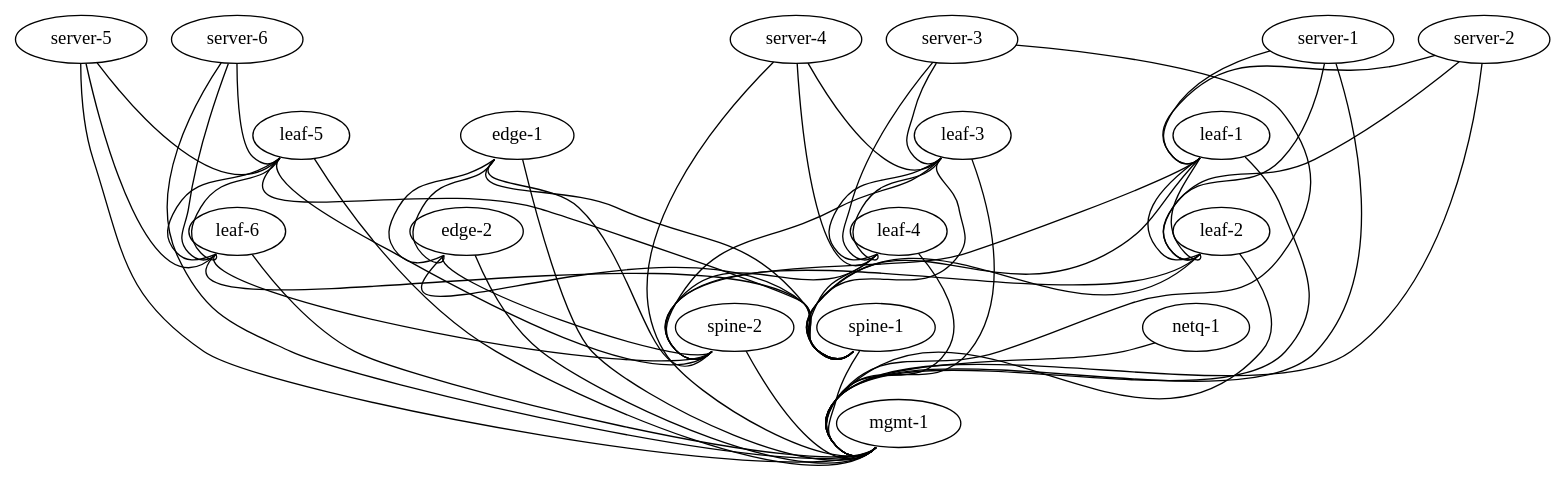
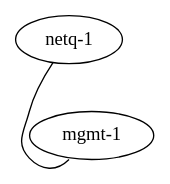
One commit to RevREB/openinfrasimulator changed the diagram in Stage1/topology_production.dot. Above: the diagram before and after it, drawn with Graphviz. The commit also changed 1 other file, not shown here.

Commit message:
modifying Vagrant Template to simplify logic

```diff
--- a/Stage1/topology_production.dot
+++ b/Stage1/topology_production.dot
@@ -1,79 +1,79 @@
 graph vx {
- "leaf-1" [function="leaf" vagrant="eth1" as="CumulusCommunity/cumulus-vx" version="3.4.3" memory="768" config="./helper_scripts/config_production_switch.sh" ]
- "leaf-2" [function="leaf" vagrant="eth1" os="CumulusCommunity/cumulus-vx" version="3.4.3" memory="768" config="./helper_scripts/config_production_switch.sh" ]
- "leaf-3" [function="leaf" vagrant="eth1" os="CumulusCommunity/cumulus-vx" version="3.4.3" memory="768" config="./helper_scripts/config_production_switch.sh" ]
- "leaf-4" [function="leaf" vagrant="eth1" os="CumulusCommunity/cumulus-vx" version="3.4.3" memory="768" config="./helper_scripts/config_production_switch.sh" ]
- "leaf-5" [function="leaf" vagrant="eth1" os="CumulusCommunity/cumulus-vx" version="3.4.3" memory="768" config="./helper_scripts/config_production_switch.sh" ]
- "leaf-6" [function="leaf" vagrant="eth1" os="CumulusCommunity/cumulus-vx" version="3.4.3" memory="768" config="./helper_scripts/config_production_switch.sh" ]
- "spine-1" [function="spine" vagrant="eth1" os="CumulusCommunity/cumulus-vx" version="3.4.3" memory="768" config="./helper_scripts/config_production_switch.sh" ]
- "spine-2" [function="spine" vagrant="eth1" os="CumulusCommunity/cumulus-vx" version="3.4.3" memory="768" config="./helper_scripts/config_production_switch.sh" ]
- "edge-1" [function="edge" vagrant="eth1" os="CumulusCommunity/cumulus-vx" version="3.4.3" memory="768" config="./helper_scripts/config_production_switch.sh" ]
- "edge-2" [function="edge" vagrant="eth1" os="CumulusCommunity/cumulus-vx" version="3.4.3" memory="768" config="./helper_scripts/config_production_switch.sh" ]
+ #"leaf-1" [function="leaf" vagrant="eth1" as="CumulusCommunity/cumulus-vx" version="3.4.3" memory="768" config="./helper_scripts/config_production_switch.sh" ]
+ #"leaf-2" [function="leaf" vagrant="eth1" os="CumulusCommunity/cumulus-vx" version="3.4.3" memory="768" config="./helper_scripts/config_production_switch.sh" ]
+ #"leaf-3" [function="leaf" vagrant="eth1" os="CumulusCommunity/cumulus-vx" version="3.4.3" memory="768" config="./helper_scripts/config_production_switch.sh" ]
+ #"leaf-4" [function="leaf" vagrant="eth1" os="CumulusCommunity/cumulus-vx" version="3.4.3" memory="768" config="./helper_scripts/config_production_switch.sh" ]
+ #"leaf-5" [function="leaf" vagrant="eth1" os="CumulusCommunity/cumulus-vx" version="3.4.3" memory="768" config="./helper_scripts/config_production_switch.sh" ]
+ #"leaf-6" [function="leaf" vagrant="eth1" os="CumulusCommunity/cumulus-vx" version="3.4.3" memory="768" config="./helper_scripts/config_production_switch.sh" ]
+ #"spine-1" [function="spine" vagrant="eth1" os="CumulusCommunity/cumulus-vx" version="3.4.3" memory="768" config="./helper_scripts/config_production_switch.sh" ]
+ #"spine-2" [function="spine" vagrant="eth1" os="CumulusCommunity/cumulus-vx" version="3.4.3" memory="768" config="./helper_scripts/config_production_switch.sh" ]
+ #"edge-1" [function="edge" vagrant="eth1" os="CumulusCommunity/cumulus-vx" version="3.4.3" memory="768" config="./helper_scripts/config_production_switch.sh" ]
+ #"edge-2" [function="edge" vagrant="eth1" os="CumulusCommunity/cumulus-vx" version="3.4.3" memory="768" config="./helper_scripts/config_production_switch.sh" ]
  "mgmt-1" [function="mgmt" vagrant="eth1" os="CumulusCommunity/cumulus-vx" version="3.4.3" memory="768" config="./helper_scripts/config_mgmt_production_switch.sh" ]
  "netq-1" [function="netq" vagrant="eth1" os="cumulus/ts" memory="1024" config="./helper_scripts/config_mgmt_production_server.sh" ]
- "server-1" [function="host" vagrant="eth3" os="CumulusCommunity/cumulus-vx" version="3.4.3" memory="768" config="./helper_scripts/config_production_server.sh" ]
- "server-2" [function="host" vagrant="eth3" os="CumulusCommunity/cumulus-vx" version="3.4.3" memory="768" config="./helper_scripts/config_production_server.sh" ]
- "server-3" [function="host" vagrant="eth3" os="CumulusCommunity/cumulus-vx" version="3.4.3" memory="768" config="./helper_scripts/config_production_server.sh" ]
- "server-4" [function="host" vagrant="eth3" os="CumulusCommunity/cumulus-vx" version="3.4.3" memory="768" config="./helper_scripts/config_production_server.sh" ]
- "server-5" [function="host" vagrant="eth3" os="CumulusCommunity/cumulus-vx" version="3.4.3" memory="768" config="./helper_scripts/config_production_server.sh" ]
- "server-6" [function="host" vagrant="eth3" os="CumulusCommunity/cumulus-vx" version="3.4.3" memory="768" config="./helper_scripts/config_production_server.sh" ]
+ #"server-1" [function="host" vagrant="eth3" os="CumulusCommunity/cumulus-vx" version="3.4.3" memory="768" config="./helper_scripts/config_production_server.sh" ]
+ #"server-2" [function="host" vagrant="eth3" os="CumulusCommunity/cumulus-vx" version="3.4.3" memory="768" config="./helper_scripts/config_production_server.sh" ]
+ #"server-3" [function="host" vagrant="eth3" os="CumulusCommunity/cumulus-vx" version="3.4.3" memory="768" config="./helper_scripts/config_production_server.sh" ]
+ #"server-4" [function="host" vagrant="eth3" os="CumulusCommunity/cumulus-vx" version="3.4.3" memory="768" config="./helper_scripts/config_production_server.sh" ]
+ #"server-5" [function="host" vagrant="eth3" os="CumulusCommunity/cumulus-vx" version="3.4.3" memory="768" config="./helper_scripts/config_production_server.sh" ]
+ #"server-6" [function="host" vagrant="eth3" os="CumulusCommunity/cumulus-vx" version="3.4.3" memory="768" config="./helper_scripts/config_production_server.sh" ]
 
- "leaf-1":"swp51" -- "spine-1":"swp1"
- "leaf-2":"swp51" -- "spine-1":"swp2"
- "leaf-3":"swp51" -- "spine-1":"swp3"
- "leaf-4":"swp51" -- "spine-1":"swp4"
- "leaf-5":"swp51" -- "spine-1":"swp5"
- "leaf-6":"swp51" -- "spine-1":"swp6"
- "leaf-1":"swp52" -- "spine-2":"swp1"
- "leaf-2":"swp52" -- "spine-2":"swp2"
- "leaf-3":"swp52" -- "spine-2":"swp3"
- "leaf-4":"swp52" -- "spine-2":"swp4"
- "leaf-5":"swp52" -- "spine-2":"swp5"
- "leaf-6":"swp52" -- "spine-2":"swp6"
+ #"leaf-1":"swp51" -- "spine-1":"swp1"
+ #"leaf-2":"swp51" -- "spine-1":"swp2"
+ #"leaf-3":"swp51" -- "spine-1":"swp3"
+ #"leaf-4":"swp51" -- "spine-1":"swp4"
+ #"leaf-5":"swp51" -- "spine-1":"swp5"
+ #"leaf-6":"swp51" -- "spine-1":"swp6"
+ #"leaf-1":"swp52" -- "spine-2":"swp1"
+ #"leaf-2":"swp52" -- "spine-2":"swp2"
+ #"leaf-3":"swp52" -- "spine-2":"swp3"
+ #"leaf-4":"swp52" -- "spine-2":"swp4"
+ #"leaf-5":"swp52" -- "spine-2":"swp5"
+ #"leaf-6":"swp52" -- "spine-2":"swp6"
 
- "leaf-1":"swp53" -- "leaf-2":"swp53"
- "leaf-1":"swp54" -- "leaf-2":"swp54"
- "leaf-3":"swp53" -- "leaf-4":"swp53"
- "leaf-3":"swp54" -- "leaf-4":"swp54"
- "leaf-5":"swp53" -- "leaf-6":"swp53"
- "leaf-5":"swp54" -- "leaf-6":"swp54"
+ #"leaf-1":"swp53" -- "leaf-2":"swp53"
+ #"leaf-1":"swp54" -- "leaf-2":"swp54"
+ #"leaf-3":"swp53" -- "leaf-4":"swp53"
+ #"leaf-3":"swp54" -- "leaf-4":"swp54"
+ #"leaf-5":"swp53" -- "leaf-6":"swp53"
+ #"leaf-5":"swp54" -- "leaf-6":"swp54"
 
- "edge-1":"swp53" -- "edge-2":"swp53"
- "edge-1":"swp54" -- "edge-2":"swp54"
+ #"edge-1":"swp53" -- "edge-2":"swp53"
+ #"edge-1":"swp54" -- "edge-2":"swp54"
 
- "edge-1":"swp51" -- "spine-1":"swp51"
- "edge-1":"swp52" -- "spine-2":"swp51"
- "edge-2":"swp51" -- "spine-1":"swp52"
- "edge-2":"swp52" -- "spine-2":"swp52"
+ #"edge-1":"swp51" -- "spine-1":"swp51"
+ #"edge-1":"swp52" -- "spine-2":"swp51"
+ #"edge-2":"swp51" -- "spine-1":"swp52"
+ #"edge-2":"swp52" -- "spine-2":"swp52"
 
- "server-1":"eth1" -- "leaf-1":"swp1" [left_mac="00:03:00:11:11:01"]
- "server-1":"eth2" -- "leaf-2":"swp1" [left_mac="00:03:00:11:11:02"]
- "server-2":"eth1" -- "leaf-1":"swp2" [left_mac="00:03:00:22:22:01"]
- "server-2":"eth2" -- "leaf-2":"swp2" [left_mac="00:03:00:22:22:02"]
- "server-3":"eth1" -- "leaf-3":"swp1" [left_mac="00:03:00:33:33:01"]
- "server-3":"eth2" -- "leaf-4":"swp1" [left_mac="00:03:00:33:33:02"]
- "server-4":"eth1" -- "leaf-3":"swp2" [left_mac="00:03:00:44:44:01"]
- "server-4":"eth2" -- "leaf-4":"swp2" [left_mac="00:03:00:44:44:02"]
- "server-5":"eth1" -- "leaf-5":"swp1" [left_mac="00:03:00:55:55:01"]
- "server-5":"eth2" -- "leaf-6":"swp1" [left_mac="00:03:00:55:55:02"]
- "server-6":"eth1" -- "leaf-5":"swp2" [left_mac="00:03:00:66:66:01"]
- "server-6":"eth2" -- "leaf-6":"swp2" [left_mac="00:03:00:66:66:02"]
+ #"server-1":"eth1" -- "leaf-1":"swp1" [left_mac="00:03:00:11:11:01"]
+ #"server-1":"eth2" -- "leaf-2":"swp1" [left_mac="00:03:00:11:11:02"]
+ #"server-2":"eth1" -- "leaf-1":"swp2" [left_mac="00:03:00:22:22:01"]
+ #"server-2":"eth2" -- "leaf-2":"swp2" [left_mac="00:03:00:22:22:02"]
+ #"server-3":"eth1" -- "leaf-3":"swp1" [left_mac="00:03:00:33:33:01"]
+ #"server-3":"eth2" -- "leaf-4":"swp1" [left_mac="00:03:00:33:33:02"]
+ #"server-4":"eth1" -- "leaf-3":"swp2" [left_mac="00:03:00:44:44:01"]
+ #"server-4":"eth2" -- "leaf-4":"swp2" [left_mac="00:03:00:44:44:02"]
+ #"server-5":"eth1" -- "leaf-5":"swp1" [left_mac="00:03:00:55:55:01"]
+ #"server-5":"eth2" -- "leaf-6":"swp1" [left_mac="00:03:00:55:55:02"]
+ #"server-6":"eth1" -- "leaf-5":"swp2" [left_mac="00:03:00:66:66:01"]
+ #"server-6":"eth2" -- "leaf-6":"swp2" [left_mac="00:03:00:66:66:02"]
 
- "leaf-1":"eth0" -- "mgmt-1":"swp1" [left_mac="a0:00:00:00:00:11"]
- "leaf-2":"eth0" -- "mgmt-1":"swp2" [left_mac="a0:00:00:00:00:12"]
- "leaf-3":"eth0" -- "mgmt-1":"swp3" [left_mac="a0:00:00:00:00:13"]
- "leaf-4":"eth0" -- "mgmt-1":"swp4" [left_mac="a0:00:00:00:00:14"]
- "leaf-5":"eth0" -- "mgmt-1":"swp5" [left_mac="a0:00:00:00:00:15"]
- "leaf-6":"eth0" -- "mgmt-1":"swp6" [left_mac="a0:00:00:00:00:16"]
- "spine-1":"eth0" -- "mgmt-1":"swp7" [left_mac="a0:00:00:00:00:21"]
- "spine-2":"eth0" -- "mgmt-1":"swp8" [left_mac="a0:00:00:00:00:22"]
- "edge-1":"eth0" -- "mgmt-1":"swp9" [left_mac="a0:00:00:00:00:41"]
- "edge-2":"eth0" -- "mgmt-1":"swp10" [left_mac="a0:00:00:00:00:42"]
+ #"leaf-1":"eth0" -- "mgmt-1":"swp1" [left_mac="a0:00:00:00:00:11"]
+ #"leaf-2":"eth0" -- "mgmt-1":"swp2" [left_mac="a0:00:00:00:00:12"]
+ #"leaf-3":"eth0" -- "mgmt-1":"swp3" [left_mac="a0:00:00:00:00:13"]
+ #"leaf-4":"eth0" -- "mgmt-1":"swp4" [left_mac="a0:00:00:00:00:14"]
+ #"leaf-5":"eth0" -- "mgmt-1":"swp5" [left_mac="a0:00:00:00:00:15"]
+ #"leaf-6":"eth0" -- "mgmt-1":"swp6" [left_mac="a0:00:00:00:00:16"]
+ #"spine-1":"eth0" -- "mgmt-1":"swp7" [left_mac="a0:00:00:00:00:21"]
+ #"spine-2":"eth0" -- "mgmt-1":"swp8" [left_mac="a0:00:00:00:00:22"]
+ #"edge-1":"eth0" -- "mgmt-1":"swp9" [left_mac="a0:00:00:00:00:41"]
+ #"edge-2":"eth0" -- "mgmt-1":"swp10" [left_mac="a0:00:00:00:00:42"]
  "netq-1":"eth0" -- "mgmt-1":"swp11" [right_mac="a0:00:00:00:00:61"]
- "server-1":"eth0" -- "mgmt-1":"swp12" [left_mac="a0:00:00:00:00:31"]
- "server-2":"eth0" -- "mgmt-1":"swp13" [left_mac="a0:00:00:00:00:32"]
- "server-3":"eth0" -- "mgmt-1":"swp14" [left_mac="a0:00:00:00:00:33"]
- "server-4":"eth0" -- "mgmt-1":"swp15" [left_mac="a0:00:00:00:00:34"]
- "server-5":"eth0" -- "mgmt-1":"swp16" [left_mac="a0:00:00:00:00:35"]
- "server-6":"eth0" -- "mgmt-1":"swp17" [left_mac="a0:00:00:00:00:36"]
+ #"server-1":"eth0" -- "mgmt-1":"swp12" [left_mac="a0:00:00:00:00:31"]
+ #"server-2":"eth0" -- "mgmt-1":"swp13" [left_mac="a0:00:00:00:00:32"]
+ #"server-3":"eth0" -- "mgmt-1":"swp14" [left_mac="a0:00:00:00:00:33"]
+ #"server-4":"eth0" -- "mgmt-1":"swp15" [left_mac="a0:00:00:00:00:34"]
+ #"server-5":"eth0" -- "mgmt-1":"swp16" [left_mac="a0:00:00:00:00:35"]
+ #"server-6":"eth0" -- "mgmt-1":"swp17" [left_mac="a0:00:00:00:00:36"]
 }
```
